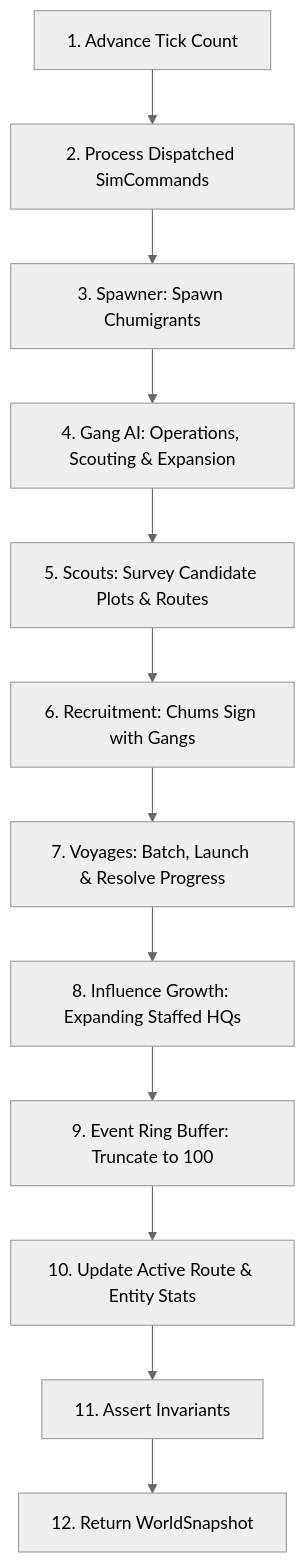
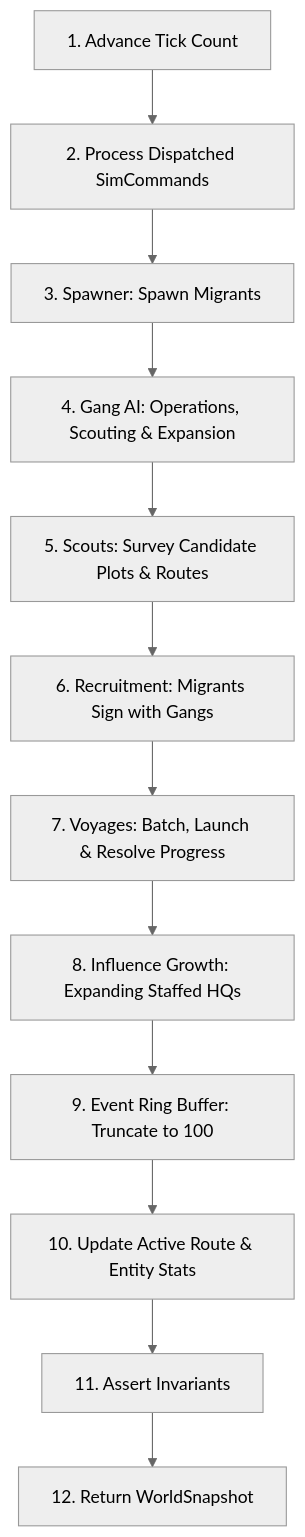
The diagram in docs/sim/README.md (chrisdb-playground/brokeworld), drawn with Mermaid (neutral theme) before and after one commit. The commit also changed other lines of this file and 1067 other files, not shown here.

````diff
--- a/docs/sim/README.md
+++ b/docs/sim/README.md
@@ -40,14 +40,14 @@
 ```mermaid
 graph TD
     A[1. Advance Tick Count] --> B[2. Process Dispatched SimCommands]
-    B --> C[3. Spawner: Spawn Chumigrants]
+    B --> C[3. Spawner: Spawn Migrants]
     C --> D[4. Gang AI: Operations, Scouting & Expansion]
     D --> E[5. Scouts: Survey Candidate Plots & Routes]
-    E --> F[6. Recruitment: Chums Sign with Gangs]
+    E --> F[6. Recruitment: Migrants Sign with Gangs]
     F --> G[7. Voyages: Batch, Launch & Resolve Progress]
     G --> H[8. Influence Growth: Expanding Staffed HQs]
     H --> I[9. Event Ring Buffer: Truncate to 100]
     I --> J[10. Update Active Route & Entity Stats]
     J --> K[11. Assert Invariants]
     K --> L[12. Return WorldSnapshot]
 ```
````
